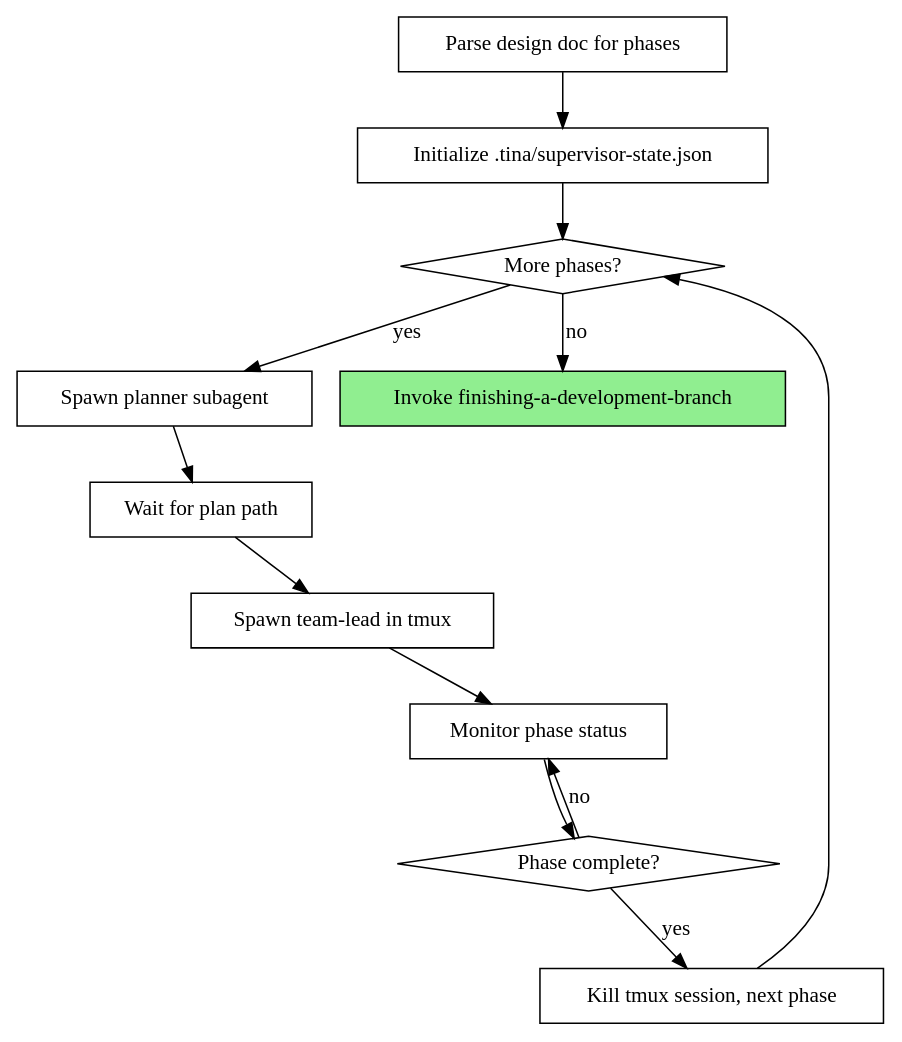
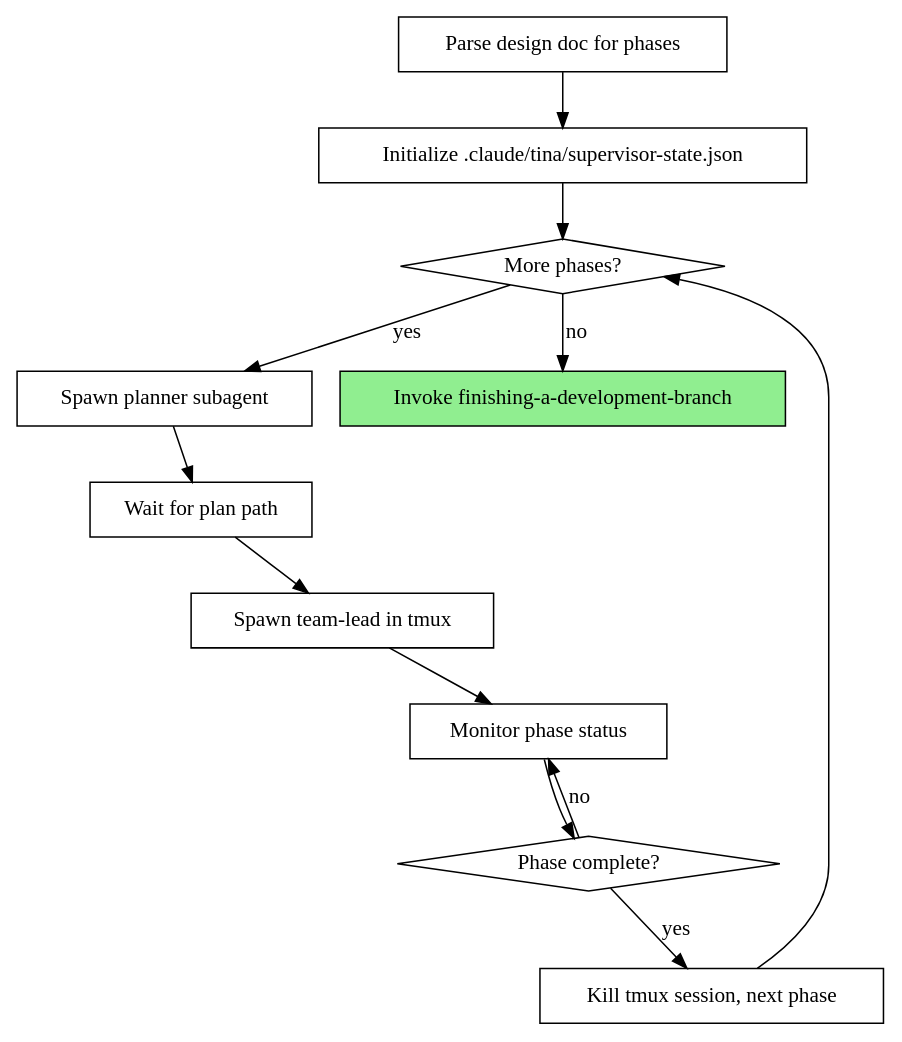
One commit to joshuabates/tina changed the diagram in docs/plans/2026-01-26-orchestrated-automation-phase-1.md. Above: the diagram before and after it, drawn with Graphviz. The commit also changed other lines of this file and 24 other files, not shown here.

First line of the commit message:
refactor: move tina state from .tina/ to .claude/tina/

````diff
--- a/docs/plans/2026-01-26-orchestrated-automation-phase-1.md
+++ b/docs/plans/2026-01-26-orchestrated-automation-phase-1.md
@@ -221,28 +221,28 @@
 ```dot
 digraph orchestrate {
     rankdir=TB;
 
     "Parse design doc for phases" [shape=box];
-    "Initialize .tina/supervisor-state.json" [shape=box];
+    "Initialize .claude/tina/supervisor-state.json" [shape=box];
     "More phases?" [shape=diamond];
     "Spawn planner subagent" [shape=box];
     "Wait for plan path" [shape=box];
     "Spawn team-lead in tmux" [shape=box];
     "Monitor phase status" [shape=box];
     "Phase complete?" [shape=diamond];
     "Kill tmux session, next phase" [shape=box];
     "Invoke finishing-a-development-branch" [shape=box style=filled fillcolor=lightgreen];
 
-    "Parse design doc for phases" -> "Initialize .tina/supervisor-state.json";
-    "Initialize .tina/supervisor-state.json" -> "More phases?";
+    "Parse design doc for phases" -> "Initialize .claude/tina/supervisor-state.json";
+    "Initialize .claude/tina/supervisor-state.json" -> "More phases?";
     "More phases?" -> "Spawn planner subagent" [label="yes"];
     "Spawn planner subagent" -> "Wait for plan path";
     "Wait for plan path" -> "Spawn team-lead in tmux";
     "Spawn team-lead in tmux" -> "Monitor phase status";
     "Monitor phase status" -> "Phase complete?";
     "Phase complete?" -> "Monitor phase status" [label="no"];
     "Phase complete?" -> "Kill tmux session, next phase" [label="yes"];
     "Kill tmux session, next phase" -> "More phases?";
     "More phases?" -> "Invoke finishing-a-development-branch" [label="no"];
 }
 ```
````
